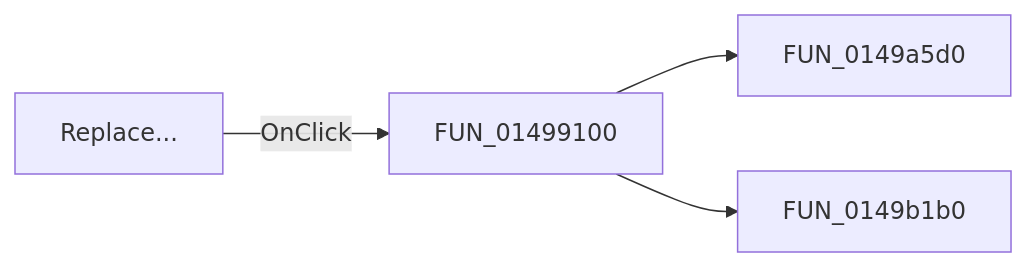
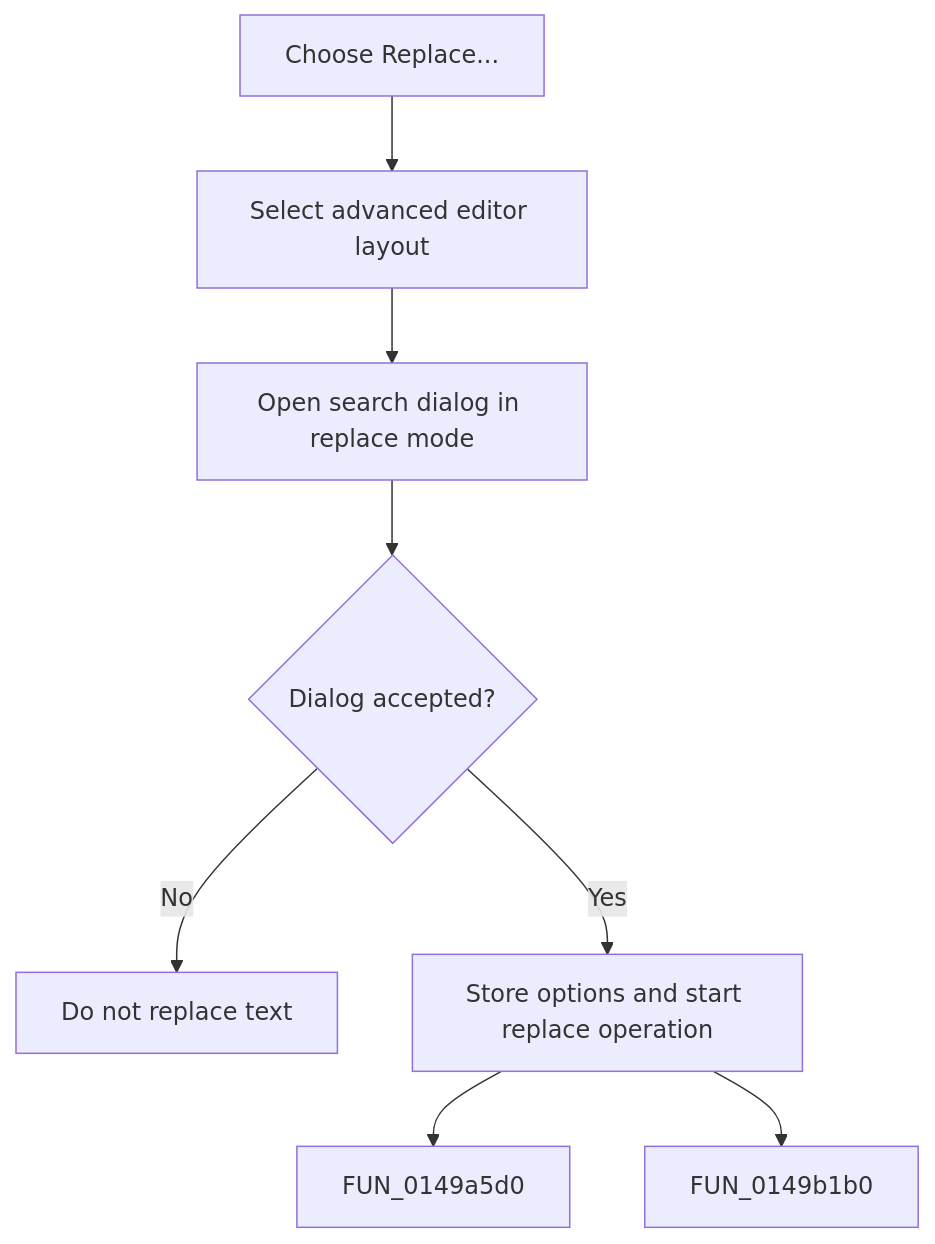
The diagram in docs/ui-controls/frmdesigntool/mireplace-91b6fcfa81.md (MovGP0/TIARA), drawn with Mermaid before and after one commit. The commit also changed other lines of this file and 387 other files, not shown here.

````diff
--- a/docs/ui-controls/frmdesigntool/mireplace-91b6fcfa81.md
+++ b/docs/ui-controls/frmdesigntool/mireplace-91b6fcfa81.md
@@ -27,6 +27,10 @@
 ```mermaid
-flowchart LR
-    control["Replace..."] -->|OnClick| handler["FUN_01499100"]
+flowchart TD
+    control["Choose Replace..."] --> expand["Select advanced editor layout"]
+    expand --> open["Open search dialog in replace mode"]
+    open --> accepted{"Dialog accepted?"}
+    accepted -->|No| stop["Do not replace text"]
+    accepted -->|Yes| handler["Store options and start replace operation"]
     handler --> call1["FUN_0149a5d0"]
     handler --> call2["FUN_0149b1b0"]
 ```
````
